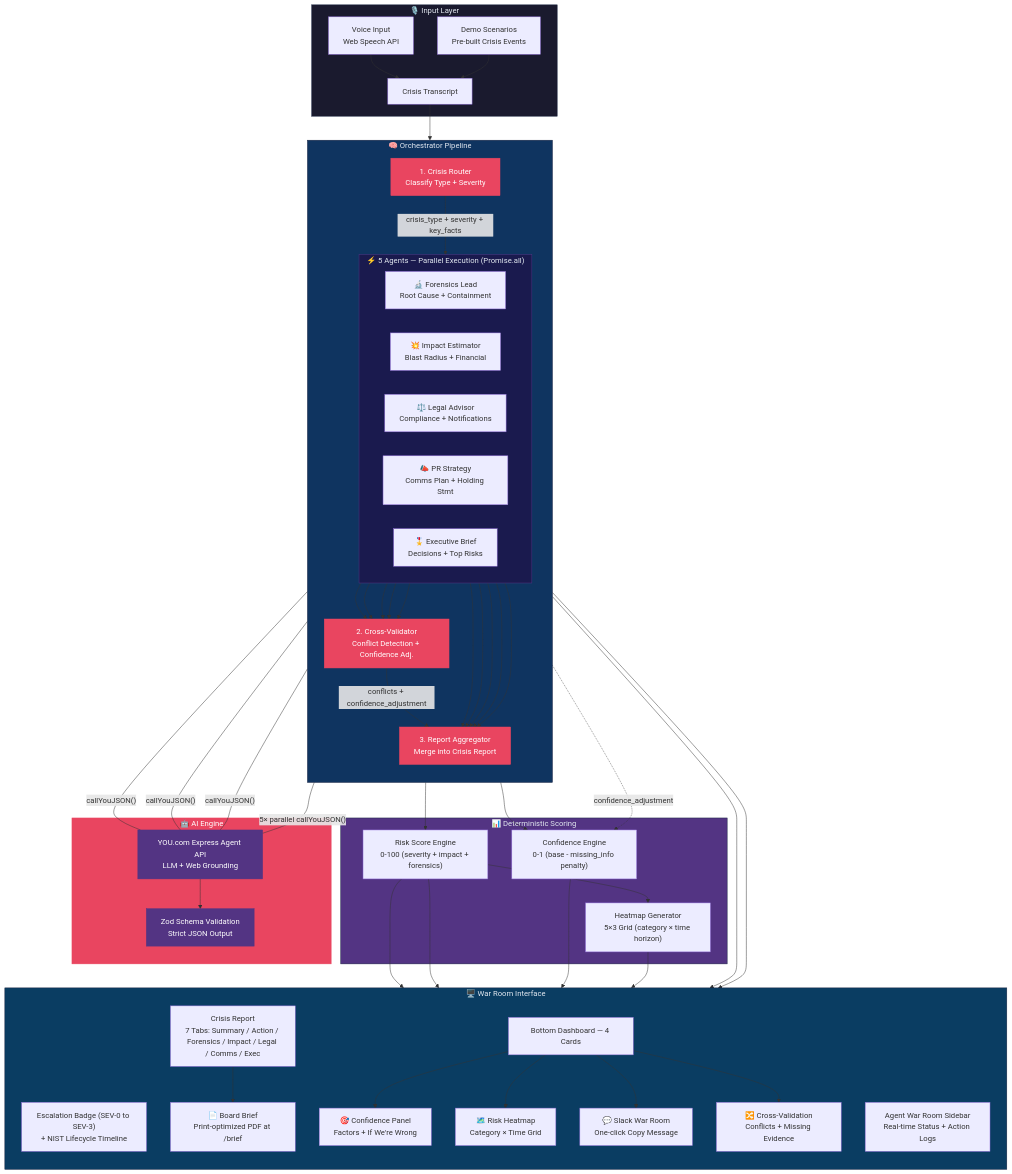
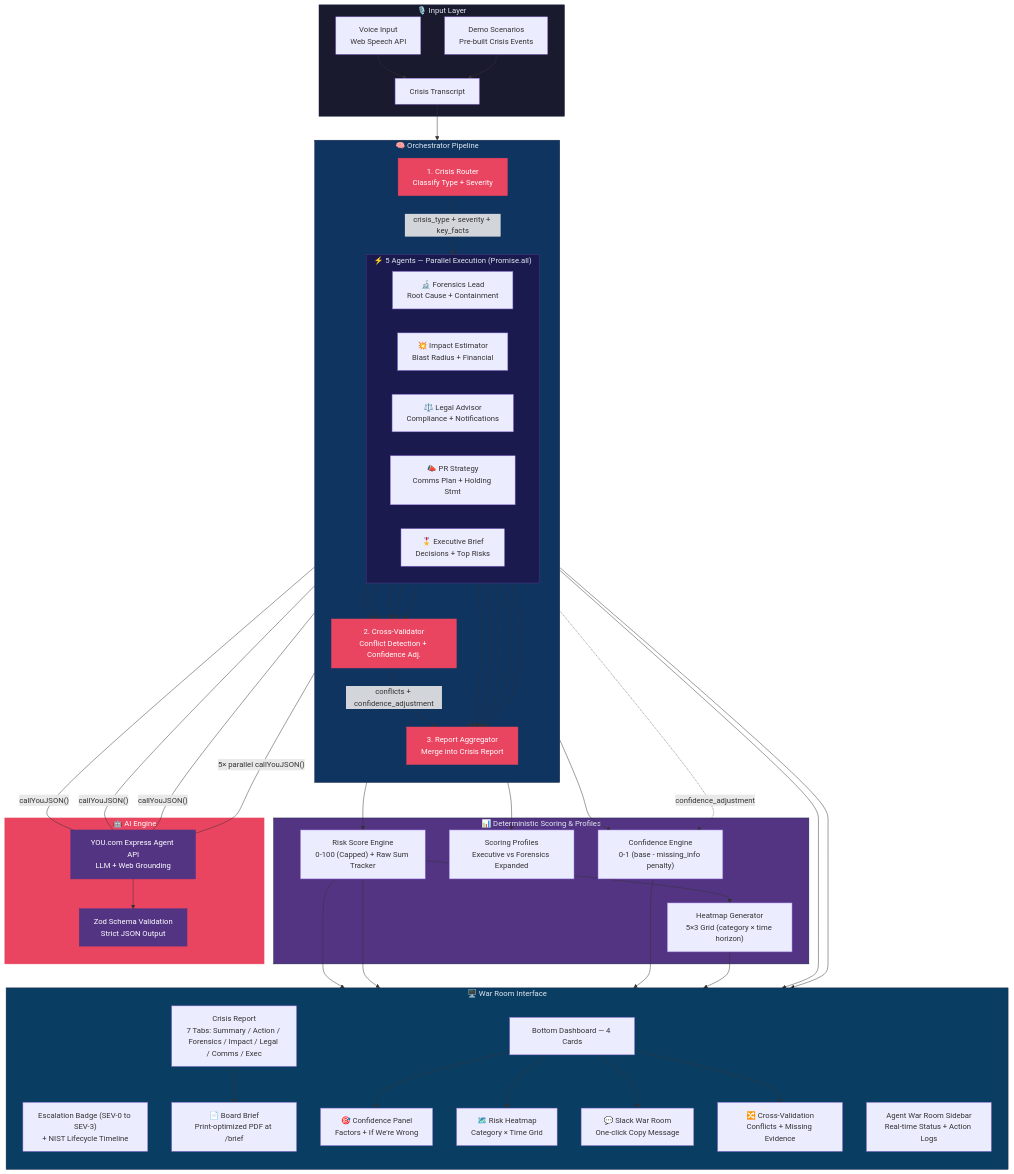
Before and after one commit to manojmallick/ai-crisis-commander: the diagram in architecture.mmd, drawn with Mermaid. The commit also changed 20 other files, not shown here.

First line of the commit message:
feat: standardize risk scoring profiles and UI badges

```diff
--- a/architecture.mmd
+++ b/architecture.mmd
@@ -1,113 +1,115 @@
 graph TB
     subgraph Input["🎙️ Input Layer"]
         VOICE["Voice Input<br/>Web Speech API"]
         SCENARIO["Demo Scenarios<br/>Pre-built Crisis Events"]
         TRANSCRIPT["Crisis Transcript"]
     end
 
     subgraph Orchestrator["🧠 Orchestrator Pipeline"]
         direction TB
         ROUTER["1. Crisis Router<br/>Classify Type + Severity"]
         
         subgraph Agents["⚡ 5 Agents — Parallel Execution (Promise.all)"]
             direction LR
             FORENSICS["🔬 Forensics Lead<br/>Root Cause + Containment"]
             IMPACT["💥 Impact Estimator<br/>Blast Radius + Financial"]
             LEGAL["⚖️ Legal Advisor<br/>Compliance + Notifications"]
             PR["📣 PR Strategy<br/>Comms Plan + Holding Stmt"]
             EXEC["🎖️ Executive Brief<br/>Decisions + Top Risks"]
         end
 
         CROSSCHECK["2. Cross-Validator<br/>Conflict Detection + Confidence Adj."]
         AGGREGATOR["3. Report Aggregator<br/>Merge into Crisis Report"]
     end
 
-    subgraph Scoring["📊 Deterministic Scoring"]
-        RISK["Risk Score Engine<br/>0-100 (severity + impact + forensics)"]
+    subgraph Scoring["📊 Deterministic Scoring & Profiles"]
+        RISK["Risk Score Engine<br/>0-100 (Capped) + Raw Sum Tracker"]
+        PROFILE["Scoring Profiles<br/>Executive vs Forensics Expanded"]
         CONFIDENCE["Confidence Engine<br/>0-1 (base - missing_info penalty)"]
         HEATMAP["Heatmap Generator<br/>5×3 Grid (category × time horizon)"]
     end
 
     subgraph AI["🤖 AI Engine"]
         YOU["YOU.com Express Agent API<br/>LLM + Web Grounding"]
         ZOD["Zod Schema Validation<br/>Strict JSON Output"]
     end
 
     subgraph UI["🖥️ War Room Interface"]
         direction TB
         BANNER["Escalation Badge (SEV-0 to SEV-3)<br/>+ NIST Lifecycle Timeline"]
         SIDEBAR["Agent War Room Sidebar<br/>Real-time Status + Action Logs"]
         REPORT["Crisis Report<br/>7 Tabs: Summary / Action / Forensics / Impact / Legal / Comms / Exec"]
         DASHBOARD["Bottom Dashboard — 4 Cards"]
         CONF_PANEL["🎯 Confidence Panel<br/>Factors + If We're Wrong"]
         HEAT_PANEL["🗺️ Risk Heatmap<br/>Category × Time Grid"]
         SLACK_PANEL["💬 Slack War Room<br/>One-click Copy Message"]
         CROSS_PANEL["🔀 Cross-Validation<br/>Conflicts + Missing Evidence"]
         BRIEF["📄 Board Brief<br/>Print-optimized PDF at /brief"]
     end
 
     %% Input flow
     VOICE --> TRANSCRIPT
     SCENARIO --> TRANSCRIPT
     TRANSCRIPT --> ROUTER
 
     %% Router to Agents
     ROUTER -->|"crisis_type + severity + key_facts"| Agents
 
     %% Agents to Cross-Check
     FORENSICS --> CROSSCHECK
     IMPACT --> CROSSCHECK
     LEGAL --> CROSSCHECK
     PR --> CROSSCHECK
     EXEC --> CROSSCHECK
 
     %% Cross-Check to Aggregator
     CROSSCHECK -->|"conflicts + confidence_adjustment"| AGGREGATOR
 
     %% All agent outputs to Aggregator
     FORENSICS --> AGGREGATOR
     IMPACT --> AGGREGATOR
     LEGAL --> AGGREGATOR
     PR --> AGGREGATOR
     EXEC --> AGGREGATOR
 
     %% AI Engine connections
     ROUTER ---|"callYouJSON()"| YOU
     Agents ---|"5× parallel callYouJSON()"| YOU
     CROSSCHECK ---|"callYouJSON()"| YOU
     AGGREGATOR ---|"callYouJSON()"| YOU
     YOU --> ZOD
 
     %% Scoring
     AGGREGATOR --> RISK
+    AGGREGATOR --> PROFILE
     AGGREGATOR --> CONFIDENCE
     CROSSCHECK -.->|"confidence_adjustment"| CONFIDENCE
     RISK --> HEATMAP
 
     %% Scoring to UI
     RISK --> BANNER
     RISK --> HEAT_PANEL
     CONFIDENCE --> CONF_PANEL
     HEATMAP --> HEAT_PANEL
     AGGREGATOR --> REPORT
     CROSSCHECK --> CROSS_PANEL
     REPORT --> BRIEF
 
     %% UI Layout
     DASHBOARD --> CONF_PANEL
     DASHBOARD --> HEAT_PANEL
     DASHBOARD --> SLACK_PANEL
     DASHBOARD --> CROSS_PANEL
 
     %% Styling
     style Input fill:#1a1a2e,stroke:#16213e,color:#e2e8f0
     style Orchestrator fill:#0f3460,stroke:#16213e,color:#e2e8f0
     style Agents fill:#1a1a4e,stroke:#533483,color:#e2e8f0
     style Scoring fill:#533483,stroke:#16213e,color:#e2e8f0
     style AI fill:#e94560,stroke:#e94560,color:#fff
     style UI fill:#0a3d62,stroke:#16213e,color:#e2e8f0
     style ROUTER fill:#e94560,stroke:#e94560,color:#fff
     style CROSSCHECK fill:#e94560,stroke:#e94560,color:#fff
     style AGGREGATOR fill:#e94560,stroke:#e94560,color:#fff
     style YOU fill:#533483,stroke:#533483,color:#fff
     style ZOD fill:#533483,stroke:#533483,color:#fff
```
